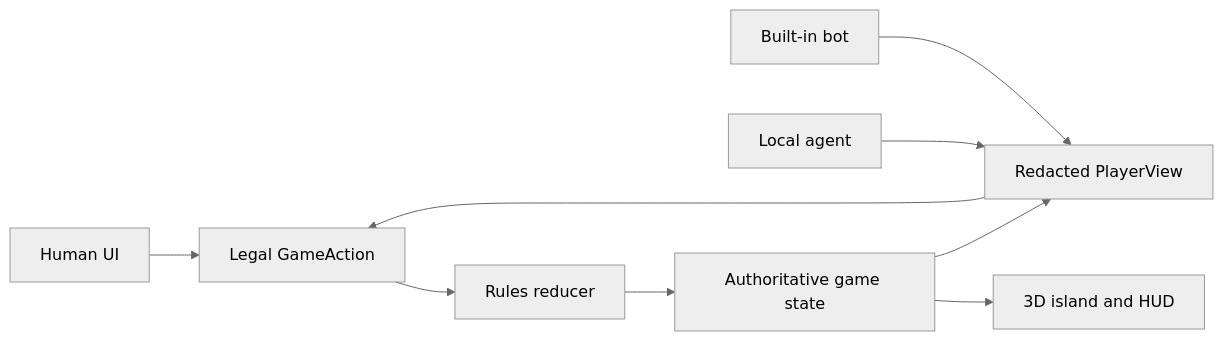
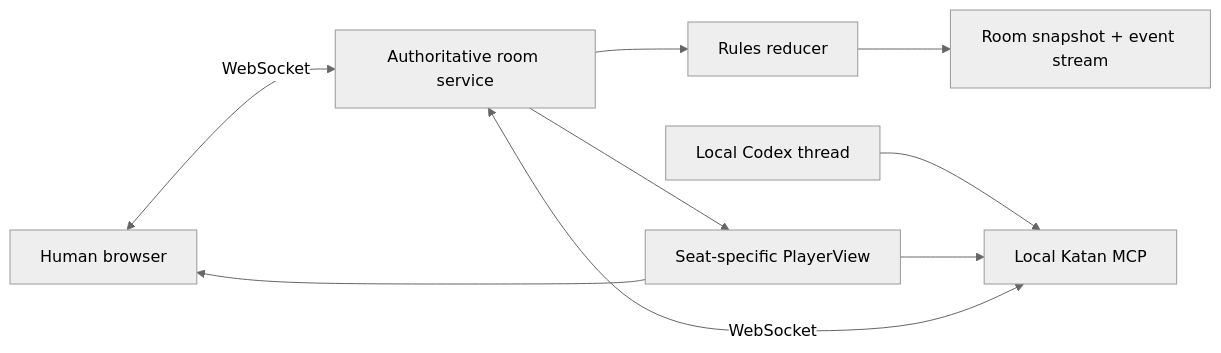
One commit to nawwwal/katan-agents changed the diagram in README.md. Above: the diagram before and after it, drawn with Mermaid (neutral theme). The commit also changed other lines of this file and 35 other files, not shown here.

Commit message:
feat: add realtime rooms and local agent seats

````diff
--- a/README.md
+++ b/README.md
@@ -372,11 +370,11 @@
 ```mermaid
 flowchart LR
-  Human[Human UI] --> Action[Legal GameAction]
-  Bot[Built-in bot] --> View[Redacted PlayerView]
-  Agent[Local agent] --> View
-  View --> Action
-  Action --> Engine[Rules reducer]
-  Engine --> State[Authoritative game state]
-  State --> Island[3D island and HUD]
-  State --> View
+  Browser[Human browser] <-->|WebSocket| Room[Authoritative room service]
+  Codex[Local Codex thread] --> MCP[Local Katan MCP]
+  MCP <-->|WebSocket| Room
+  Room --> Engine[Rules reducer]
+  Engine --> Redis[Room snapshot + event stream]
+  Room --> View[Seat-specific PlayerView]
+  View --> Browser
+  View --> MCP
 ```
````
